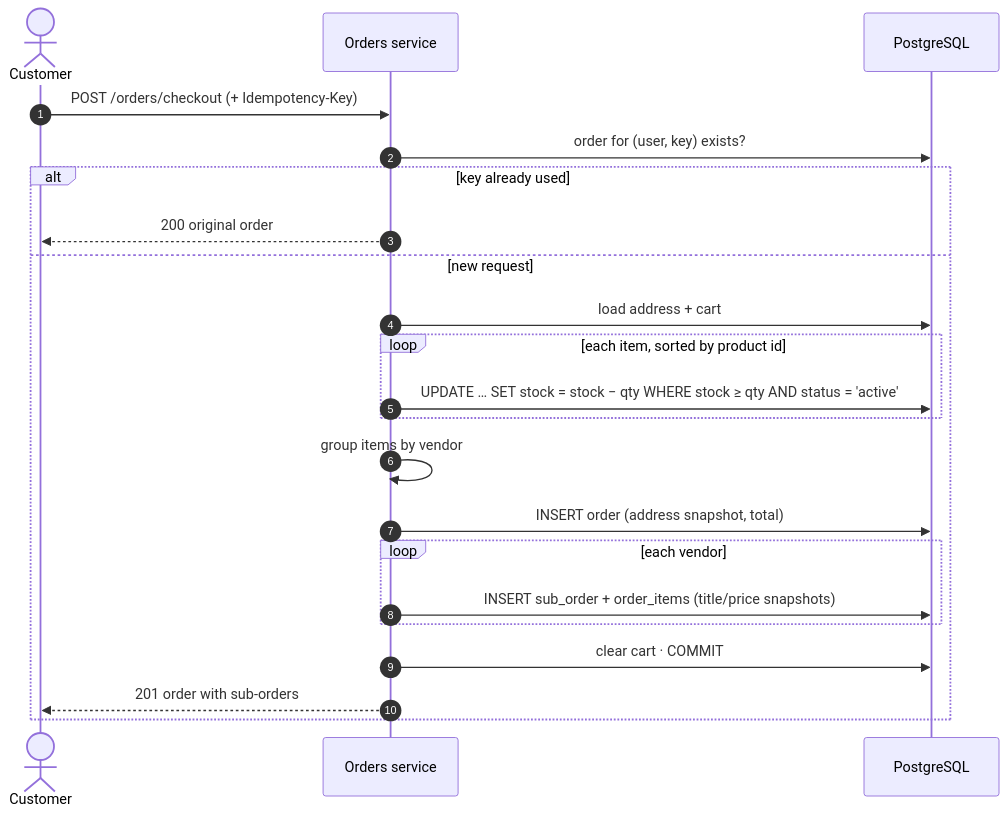
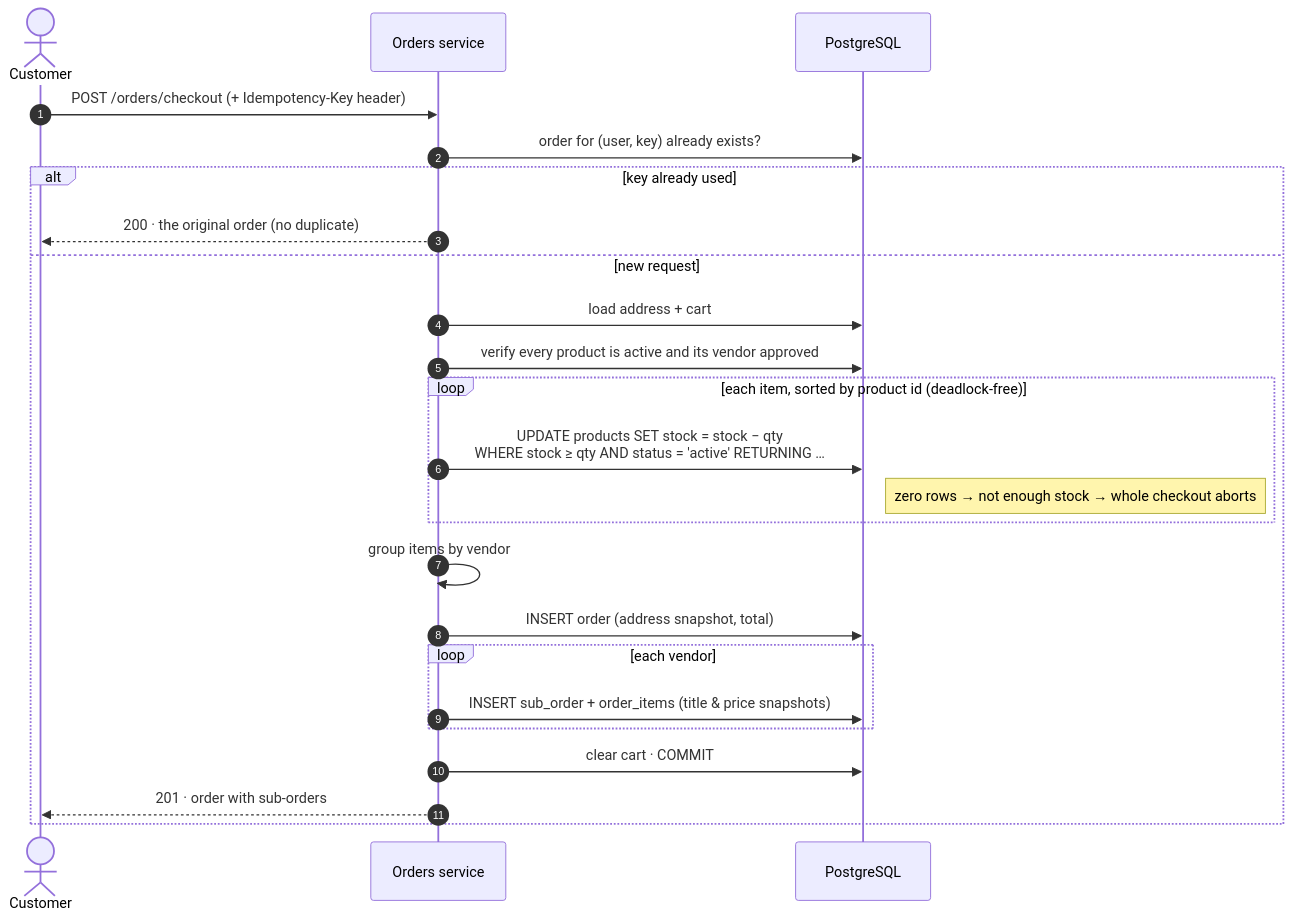
The sixth of 13 diagrams in README.md (SuprabhSharma/Tavilo-eCommerce), drawn with Mermaid before and after one commit. The commit also changed other lines of this file and 4 other files, not shown here.

````diff
--- a/README.md
+++ b/README.md
@@ -154,25 +266,27 @@
 ```mermaid
 sequenceDiagram
     autonumber
     actor C as Customer
     participant O as Orders service
     participant D as PostgreSQL
 
-    C->>O: POST /orders/checkout (+ Idempotency-Key)
-    O->>D: order for (user, key) exists?
+    C->>O: POST /orders/checkout  (+ Idempotency-Key header)
+    O->>D: order for (user, key) already exists?
     alt key already used
-        O-->>C: 200 original order
+        O-->>C: 200 · the original order (no duplicate)
     else new request
         O->>D: load address + cart
-        loop each item, sorted by product id
-            O->>D: UPDATE … SET stock = stock − qty WHERE stock ≥ qty AND status = 'active'
+        O->>D: verify every product is active and its vendor approved
+        loop each item, sorted by product id (deadlock-free)
+            O->>D: UPDATE products SET stock = stock − qty<br/>WHERE stock ≥ qty AND status = 'active' RETURNING …
+            Note right of D: zero rows → not enough stock → whole checkout aborts
         end
         O->>O: group items by vendor
         O->>D: INSERT order (address snapshot, total)
         loop each vendor
-            O->>D: INSERT sub_order + order_items (title/price snapshots)
+            O->>D: INSERT sub_order + order_items (title & price snapshots)
         end
         O->>D: clear cart · COMMIT
-        O-->>C: 201 order with sub-orders
+        O-->>C: 201 · order with sub-orders
     end
 ```
````
